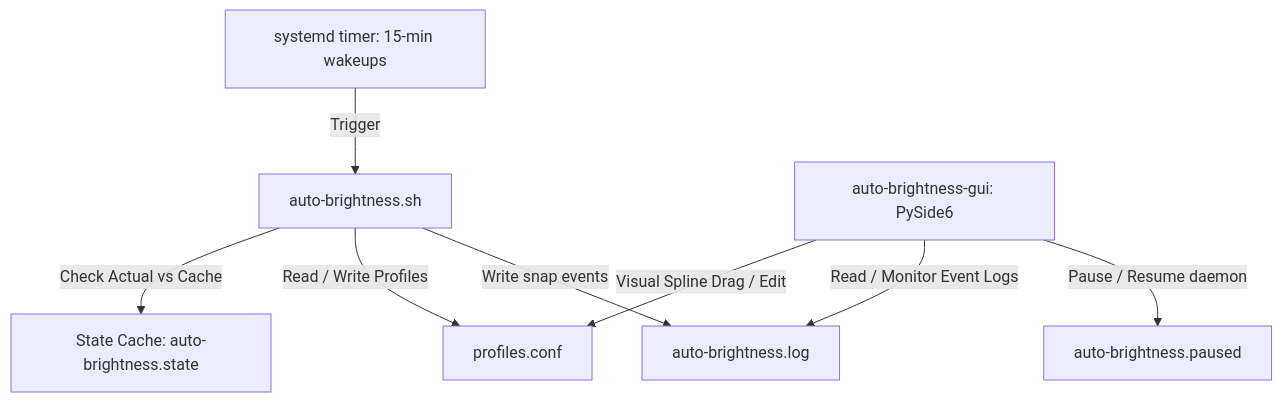
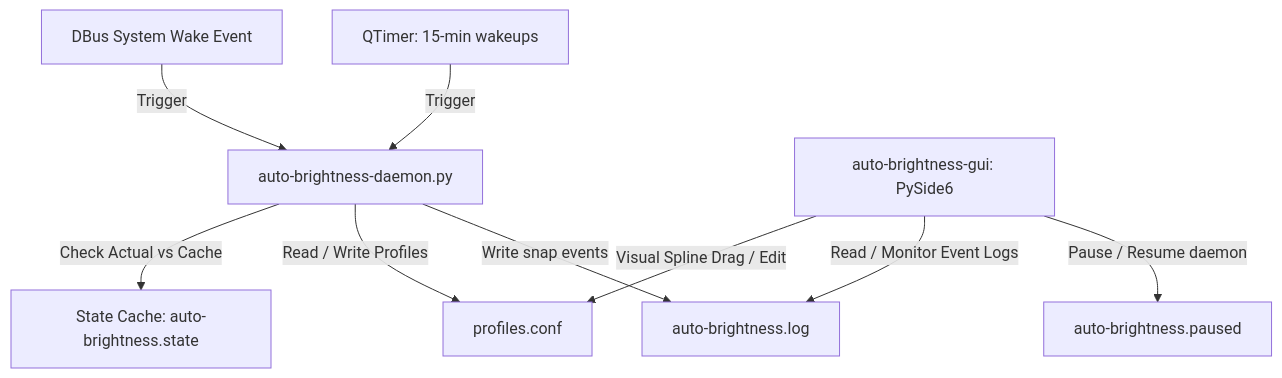
Before and after one commit to LeanBitLab/adaptive-brightness-linux: the diagram in script-guide.md, drawn with Mermaid. The commit also changed other lines of this file and 4 other files, not shown here.

Commit message:
feat: keep slider active in auto mode, update version to v1.0.1, change support to sponsor in About tab, and update docs for python daemon

````diff
--- a/script-guide.md
+++ b/script-guide.md
@@ -11,10 +11,11 @@
 ```mermaid
 graph TD
-    A[systemd timer: 15-min wakeups] -->|Trigger| B[auto-brightness.sh]
+    A[DBus System Wake Event] -->|Trigger| B[auto-brightness-daemon.py]
+    H[QTimer: 15-min wakeups] -->|Trigger| B
     B -->|Check Actual vs Cache| C[State Cache: auto-brightness.state]
     B -->|Read / Write Profiles| D[profiles.conf]
     E[auto-brightness-gui: PySide6] -->|Visual Spline Drag / Edit| D
     E -->|Read / Monitor Event Logs| F[auto-brightness.log]
     E -->|Pause / Resume daemon| G[auto-brightness.paused]
     B -->|Write snap events| F
 ```
````
